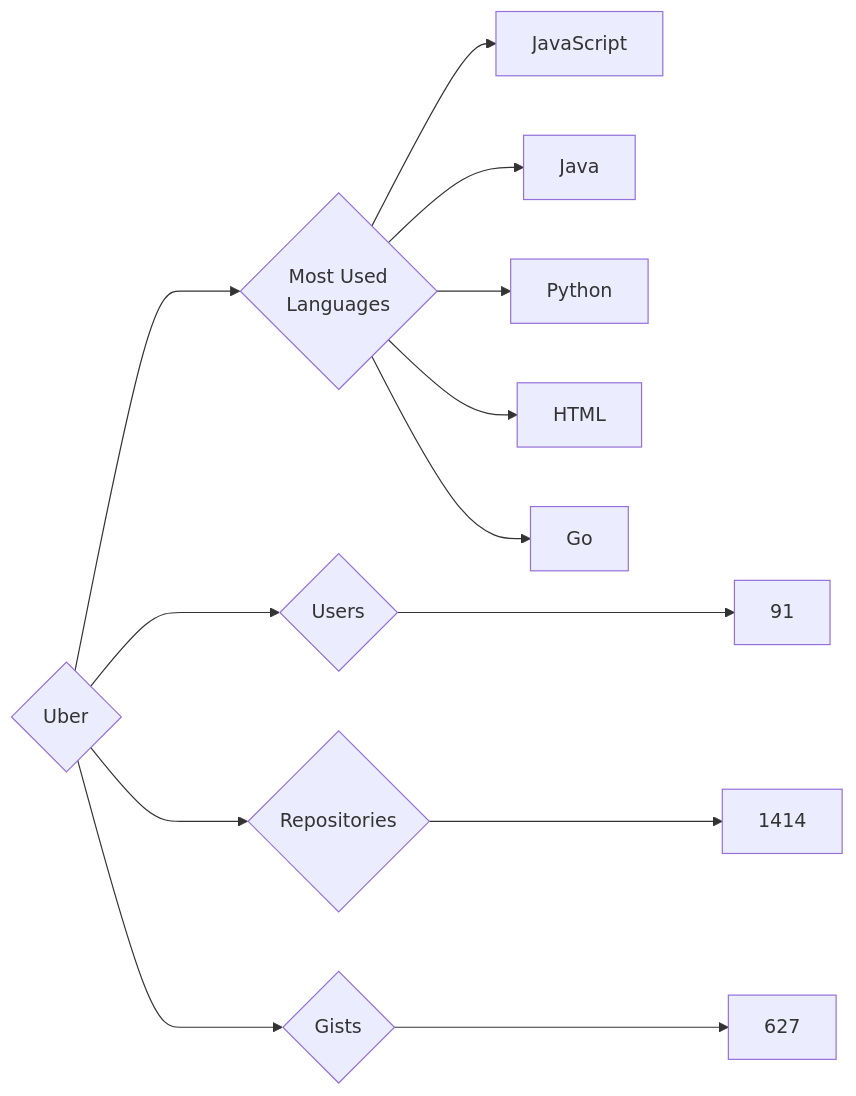
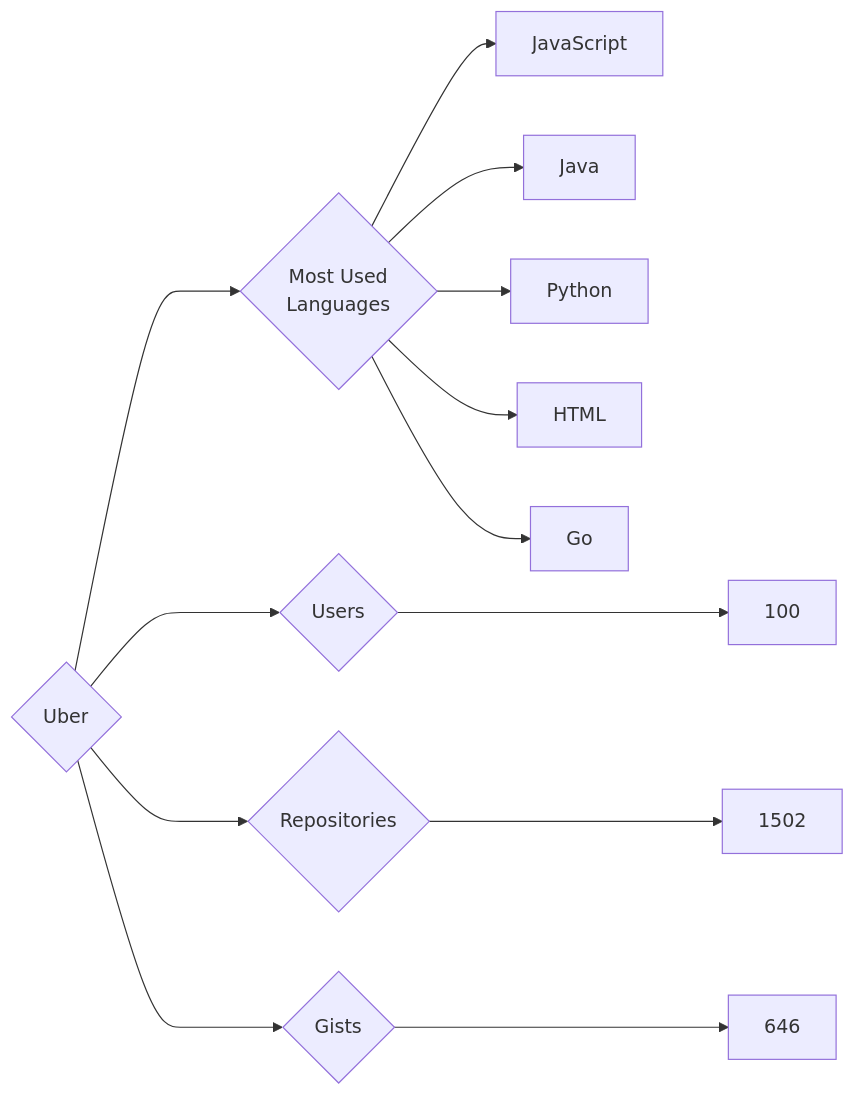
One commit to trickest/insiders changed the diagram in targets/Uber/README.md. Above: the diagram before and after it, drawn with Mermaid. The commit also changed 953 other files, not shown here.

````diff
--- a/targets/Uber/README.md
+++ b/targets/Uber/README.md
@@ -3,13 +3,13 @@
 ```mermaid
 graph LR
 COMPANY_NAME{Uber}
-COMPANY_NAME ---> U{Users} ---> UN[91]
-COMPANY_NAME ---> R{Repositories} ---> RN[1414]
-COMPANY_NAME ---> G{Gists} ---> GN[627]
+COMPANY_NAME ---> U{Users} ---> UN[100]
+COMPANY_NAME ---> R{Repositories} ---> RN[1502]
+COMPANY_NAME ---> G{Gists} ---> GN[646]
 COMPANY_NAME ---> ML{Most Used<br>Languages}
 ML --> JavaScript[JavaScript]
 ML --> Java[Java]
 ML --> Python[Python]
 ML --> HTML[HTML]
 ML --> Go[Go]
 ```
````
